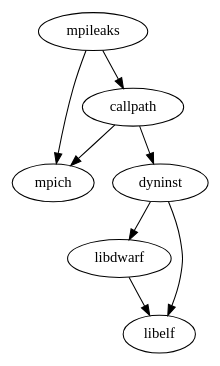
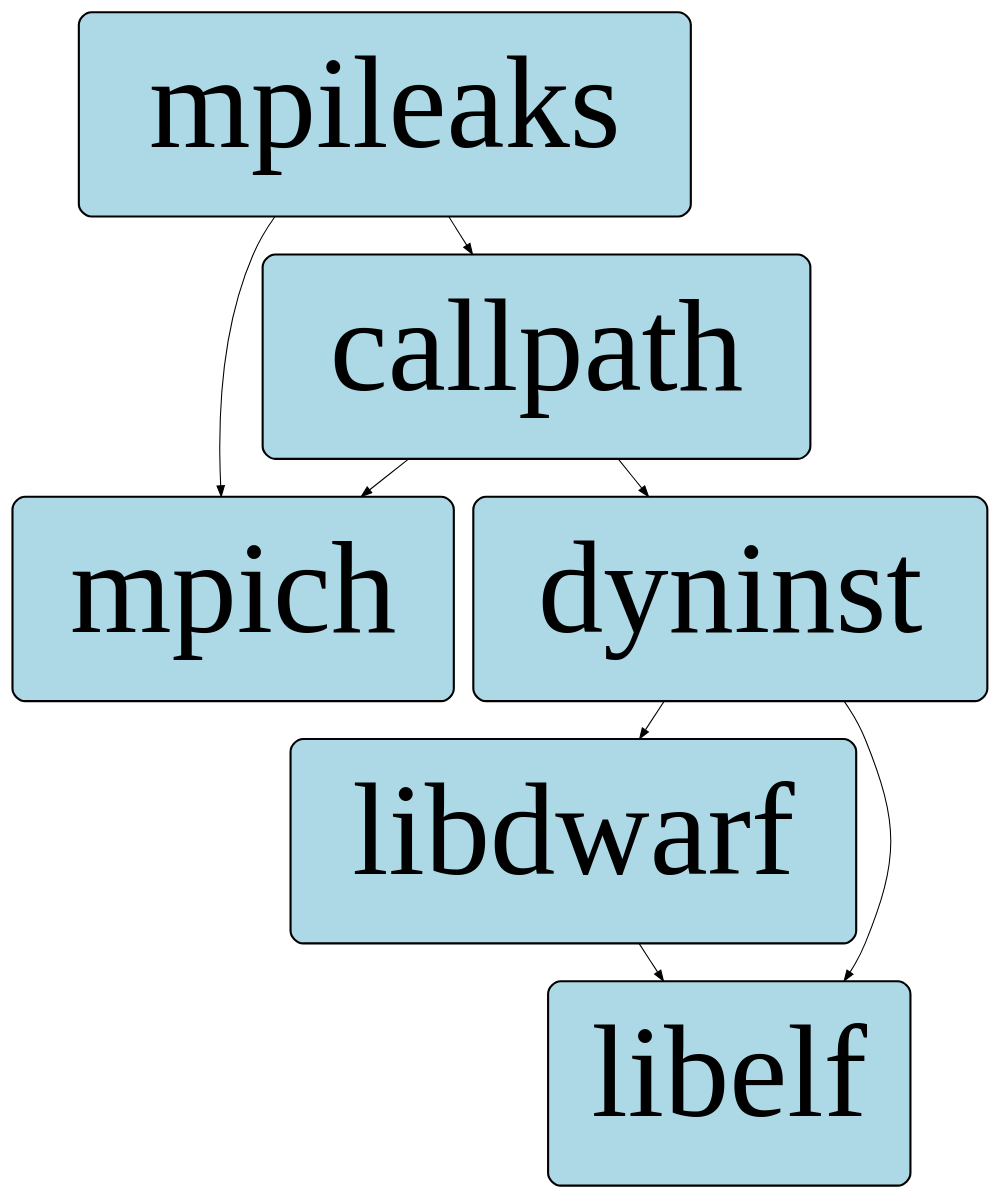
Before and after one commit to spack/spack: the first of 2 diagrams in lib/spack/docs/spec_syntax.rst, drawn with Graphviz. The commit also changed other lines of this file and 2 other files, not shown here.

```diff
--- a/lib/spack/docs/spec_syntax.rst
+++ b/lib/spack/docs/spec_syntax.rst
@@ -74,9 +56,18 @@
 .. graphviz::
 
    digraph {
-       mpileaks -> mpich
-       mpileaks -> callpath -> mpich
-       callpath -> dyninst
+       node[
+         fontname=Monaco,
+         penwidth=2,
+         fontsize=124,
+         margin=.4,
+         shape=box,
+         fillcolor=lightblue,
+         style="rounded,filled"
+       ]
+
+       mpileaks -> { mpich callpath }
+       callpath -> { mpich dyninst }
        dyninst  -> libdwarf -> libelf
        dyninst  -> libelf
    }
```
